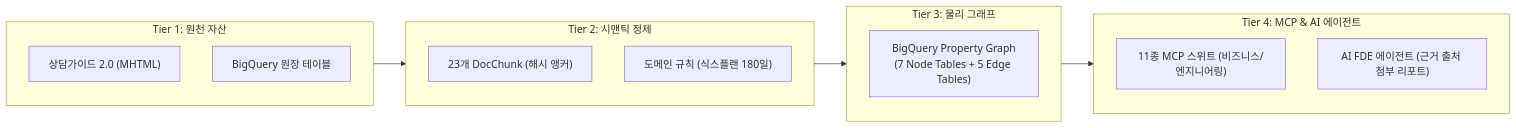
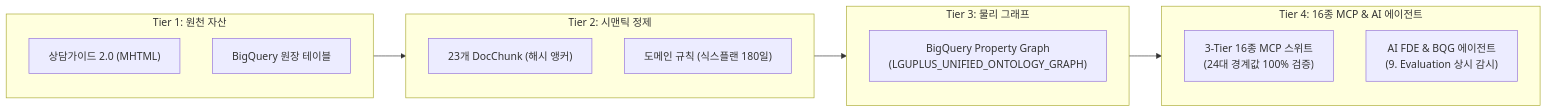
The seventh of 7 diagrams in methodology/METHODOLOGY_KO.md (seanjungG/agentic-ontology-starter), drawn with Mermaid before and after one commit. The commit also changed other lines of this file and 36 other files, not shown here.

Commit message:
feat(studio): apply Uplus Ontology Light Enterprise design parity and v2.0 6-Tab/8-MCP/Dual-Graph architecture

````diff
--- a/methodology/METHODOLOGY_KO.md
+++ b/methodology/METHODOLOGY_KO.md
@@ -424,23 +420,23 @@
 ```mermaid
 flowchart LR
     subgraph Tier1 ["Tier 1: 원천 자산"]
         T1_Doc["상담가이드 2.0 (MHTML)"]
         T1_DW["BigQuery 원장 테이블"]
     end
 
     subgraph Tier2 ["Tier 2: 시맨틱 정제"]
         T2_Chunk["23개 DocChunk (해시 앵커)"]
         T2_Rule["도메인 규칙 (식스플랜 180일)"]
     end
 
     subgraph Tier3 ["Tier 3: 물리 그래프"]
-        T3_BQG["BigQuery Property Graph<br/>(7 Node Tables + 5 Edge Tables)"]
+        T3_BQG["BigQuery Property Graph<br/>(LGUPLUS_UNIFIED_ONTOLOGY_GRAPH)"]
     end
 
-    subgraph Tier4 ["Tier 4: MCP & AI 에이전트"]
-        T4_MCP["11종 MCP 스위트 (비즈니스/엔지니어링)"]
-        T4_Agent["AI FDE 에이전트 (근거 출처 첨부 리포트)"]
+    subgraph Tier4 ["Tier 4: 16종 MCP & AI 에이전트"]
+        T4_MCP["3-Tier 16종 MCP 스위트<br/>(24대 경계값 100% 검증)"]
+        T4_Agent["AI FDE & BQG 에이전트<br/>(9. Evaluation 상시 감시)"]
     end
 
     Tier1 --> Tier2 --> Tier3 --> Tier4
 ```
````
